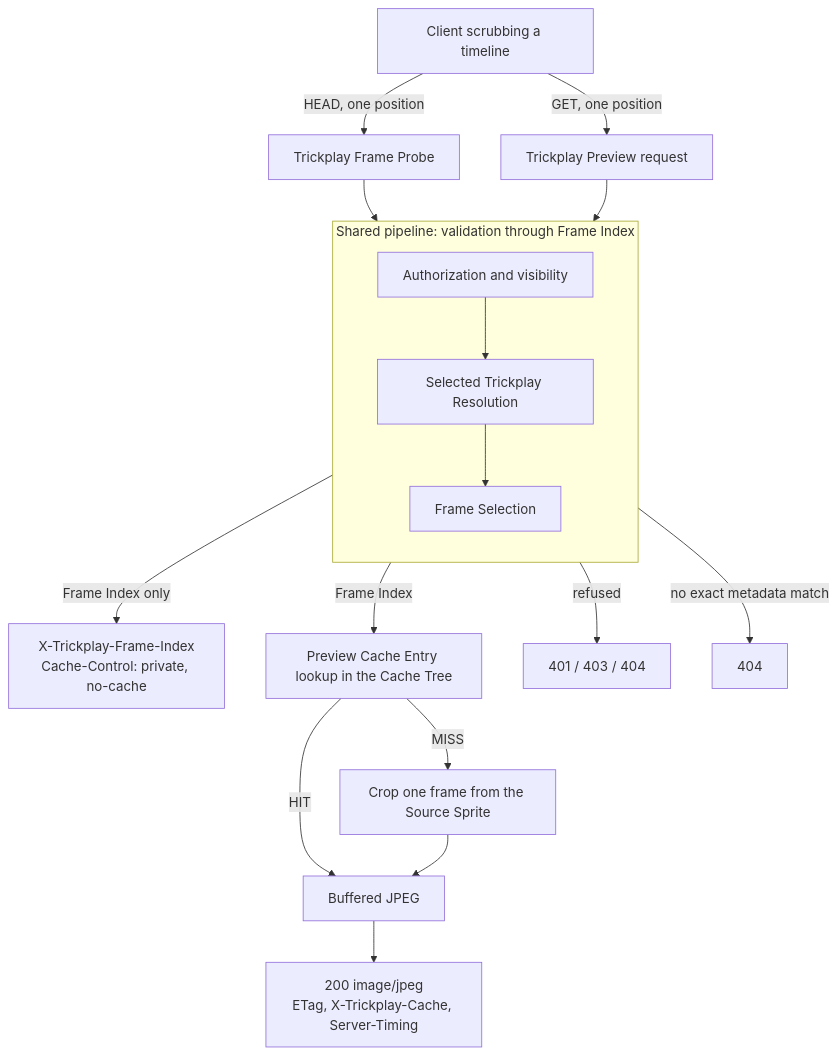
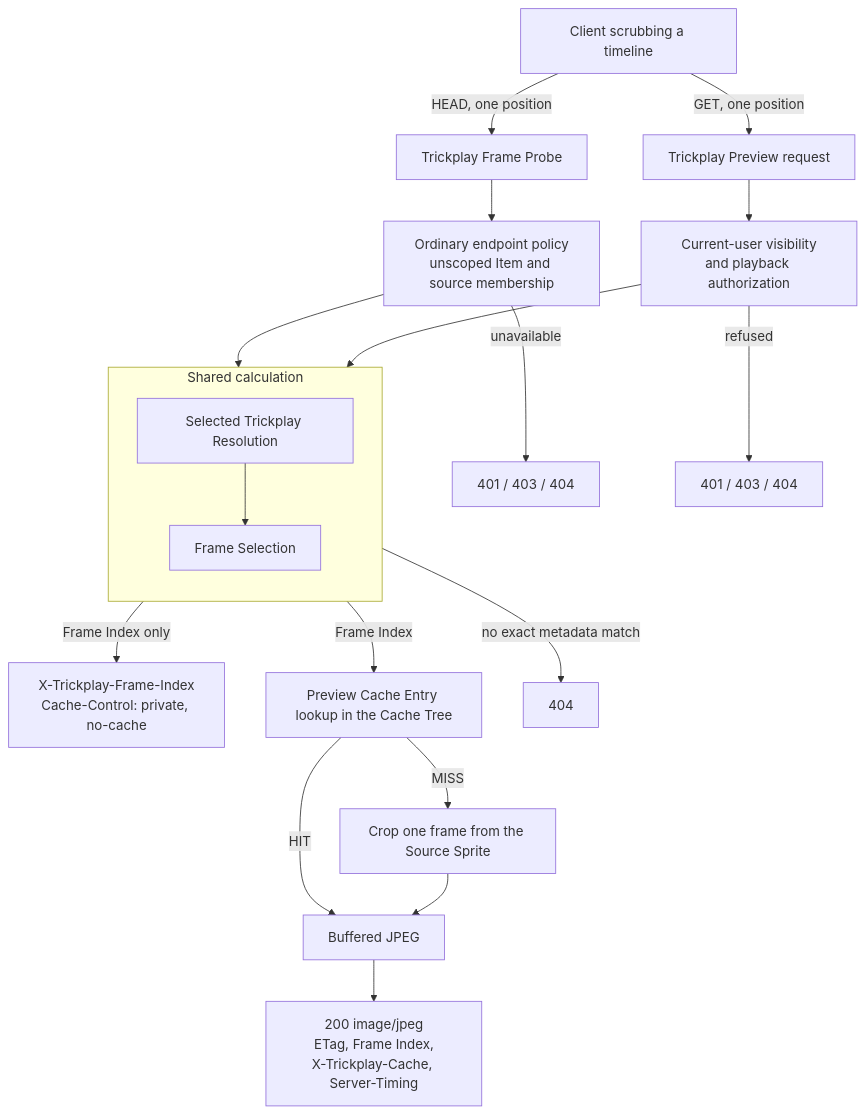
The diagram in docs/business/lifecycle/README.md (xiakeng/trickplay-cropper), drawn with Mermaid before and after one commit. The commit also changed other lines of this file and 45 other files, not shown here.

First line of the commit message:
Implement the #92 Frame Probe authorization split (#96)

````diff
--- a/docs/business/lifecycle/README.md
+++ b/docs/business/lifecycle/README.md
@@ -20,26 +21,29 @@
 ```mermaid
 flowchart TD
     Client["Client scrubbing a timeline"]
 
     Client -->|"HEAD, one position"| Probe["Trickplay Frame Probe"]
     Client -->|"GET, one position"| Request["Trickplay Preview request"]
 
-    Probe --> Pipeline
-    Request --> Pipeline
+    Probe --> ProbeSource["Ordinary endpoint policy<br/>unscoped Item and source membership"]
+    Request --> PreviewAuth["Current-user visibility<br/>and playback authorization"]
+    ProbeSource --> Pipeline
+    PreviewAuth --> Pipeline
 
-    subgraph Pipeline["Shared pipeline: validation through Frame Index"]
+    subgraph Pipeline["Shared calculation"]
         direction TB
-        Auth["Authorization and visibility"] --> Resolution["Selected Trickplay Resolution"]
+        Resolution["Selected Trickplay Resolution"]
         Resolution --> Selection["Frame Selection"]
     end
 
     Selection -->|"Frame Index only"| ProbeAnswer["X-Trickplay-Frame-Index<br/>Cache-Control: private, no-cache"]
     Selection -->|"Frame Index"| Cache["Preview Cache Entry lookup in the Cache Tree"]
     Cache -->|"HIT"| Buffer["Buffered JPEG"]
     Cache -->|"MISS"| Generate["Crop one frame from the Source Sprite"]
     Generate --> Buffer
-    Buffer --> Answer["200 image/jpeg<br/>ETag, X-Trickplay-Cache, Server-Timing"]
+    Buffer --> Answer["200 image/jpeg<br/>ETag, Frame Index,<br/>X-Trickplay-Cache, Server-Timing"]
 
-    Auth -->|"refused"| RefusedAuth["401 / 403 / 404"]
+    ProbeSource -->|"unavailable"| RefusedProbe["401 / 403 / 404"]
+    PreviewAuth -->|"refused"| RefusedAuth["401 / 403 / 404"]
     Resolution -->|"no exact metadata match"| RefusedResolution["404"]
 ```
````
